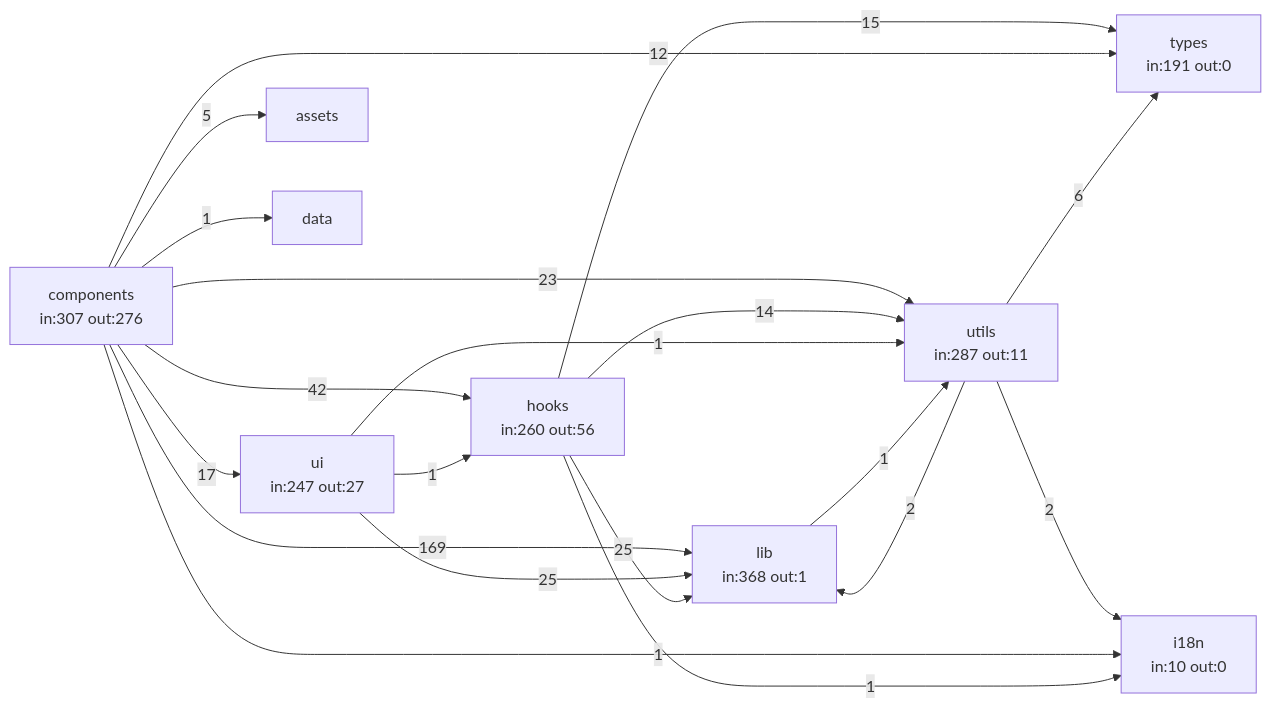
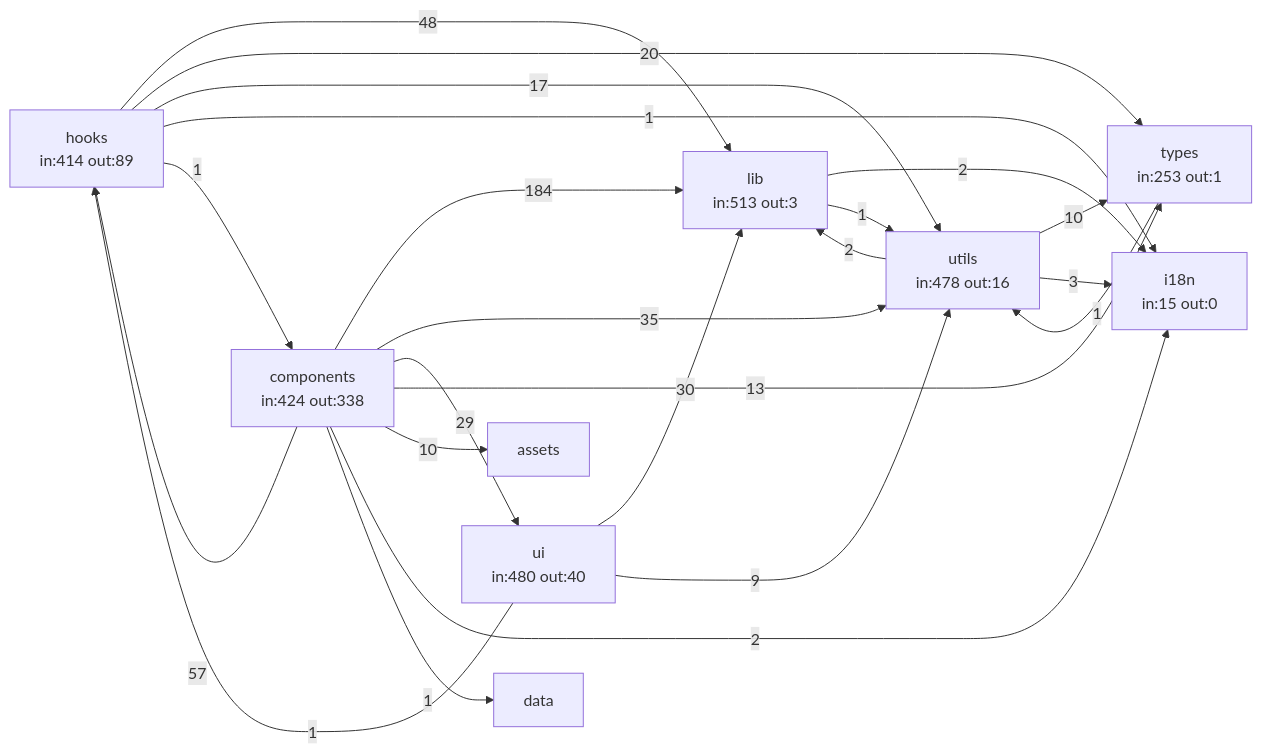
The first of 2 diagrams in docs/code-graph/layer1-imports.md (KSC-Wiedikon/wiedisync), drawn with Mermaid before and after one commit. The commit also changed other lines of this file and 33 other files, not shown here.

````diff
--- a/docs/code-graph/layer1-imports.md
+++ b/docs/code-graph/layer1-imports.md
@@ -49,29 +53,32 @@
 ```mermaid
 graph LR
-  lib["lib<br/>in:368 out:1"]
-  utils["utils<br/>in:287 out:11"]
-  hooks["hooks<br/>in:260 out:56"]
-  components["components<br/>in:307 out:276"]
-  ui["ui<br/>in:247 out:27"]
-  types["types<br/>in:191 out:0"]
-  i18n["i18n<br/>in:10 out:0"]
-  components -->|169| lib
-  components -->|42| hooks
-  ui -->|25| lib
-  hooks -->|25| lib
-  components -->|23| utils
-  components -->|17| ui
-  hooks -->|15| types
-  hooks -->|14| utils
-  components -->|12| types
-  utils -->|6| types
-  components -->|5| assets
-  utils -->|2| i18n
+  lib["lib<br/>in:513 out:3"]
+  utils["utils<br/>in:478 out:16"]
+  hooks["hooks<br/>in:414 out:89"]
+  components["components<br/>in:424 out:338"]
+  ui["ui<br/>in:480 out:40"]
+  types["types<br/>in:253 out:1"]
+  i18n["i18n<br/>in:15 out:0"]
+  components -->|184| lib
+  components -->|57| hooks
+  hooks -->|48| lib
+  components -->|35| utils
+  ui -->|30| lib
+  components -->|29| ui
+  hooks -->|20| types
+  hooks -->|17| utils
+  components -->|13| types
+  components -->|10| assets
+  utils -->|10| types
+  ui -->|9| utils
+  utils -->|3| i18n
+  components -->|2| i18n
+  lib -->|2| i18n
   utils -->|2| lib
-  components -->|1| i18n
   components -->|1| data
-  ui -->|1| utils
   ui -->|1| hooks
   hooks -->|1| i18n
+  hooks -->|1| components
   lib -->|1| utils
+  types -->|1| utils
 ```
````
